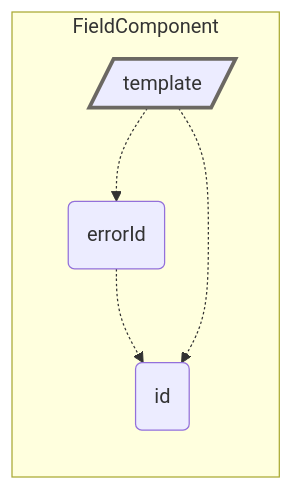
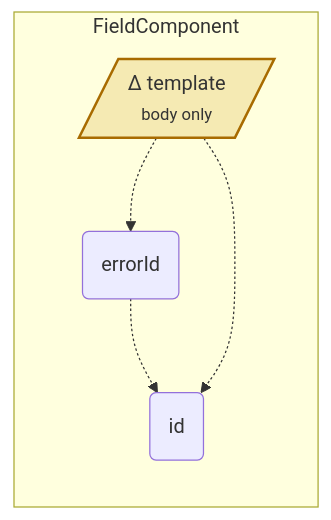
Before and after one commit to tstapleton/playground: the sixth of 6 diagrams in examples/callgraph-diff/comment.md, drawn with Mermaid. The commit also changed other lines of this file and 3 other files, not shown here.

First line of the commit message:
Regenerate the call graph demo, and note that signal-trace became plotline

````diff
--- a/examples/callgraph-diff/comment.md
+++ b/examples/callgraph-diff/comment.md
@@ -231,13 +300,13 @@
 ```mermaid
 flowchart LR
   subgraph g0["FieldComponent"]
     n0("errorId")
     n1("id")
-    n2[/"template"/]
+    n2[/"Δ template<br/><small>body only</small>"/]
   end
   n0 -.-> n1
   n2 -.-> n0
   n2 -.-> n1
-  classDef implementation stroke:#6b6862,stroke-width:3px
-  class n2 implementation
+  classDef changed fill:#d4a72c3d,stroke:#a86b00,stroke-width:2px
+  class n2 changed
 ```
````
